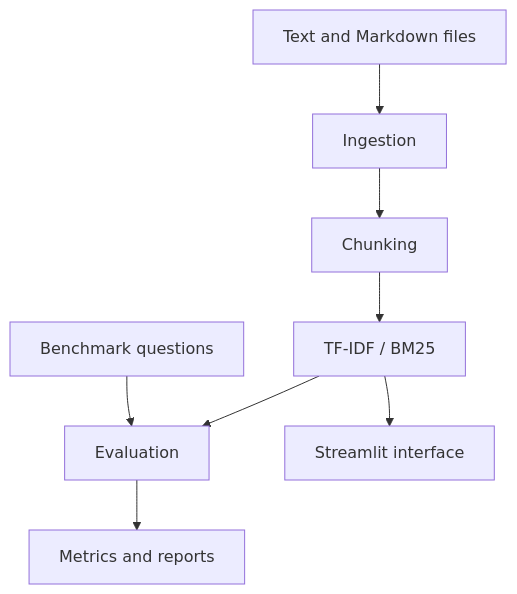
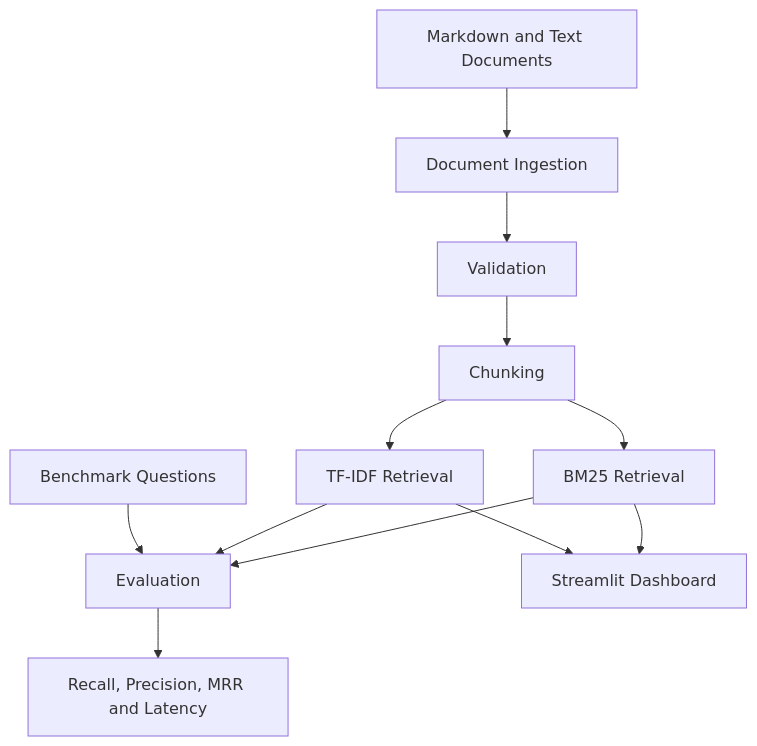
Before and after one commit to prajwalbhagewar68-maker/retrievalbench: the diagram in README.md, drawn with Mermaid. The commit also changed other lines of this file, not shown here.

````diff
--- a/README.md
+++ b/README.md
@@ -23,10 +23,14 @@
 ```mermaid
 flowchart TD
-    A[Text and Markdown files] --> B[Ingestion]
-    B --> C[Chunking]
-    C --> D[TF-IDF / BM25]
-    Q[Benchmark questions] --> E[Evaluation]
-    D --> E
-    E --> F[Metrics and reports]
-    D --> G[Streamlit interface]
+    A[Markdown and Text Documents] --> B[Document Ingestion]
+    B --> C[Validation]
+    C --> D[Chunking]
+    D --> E[TF-IDF Retrieval]
+    D --> F[BM25 Retrieval]
+    Q[Benchmark Questions] --> G[Evaluation]
+    E --> G
+    F --> G
+    G --> H[Recall, Precision, MRR and Latency]
+    E --> I[Streamlit Dashboard]
+    F --> I
 ```
````
